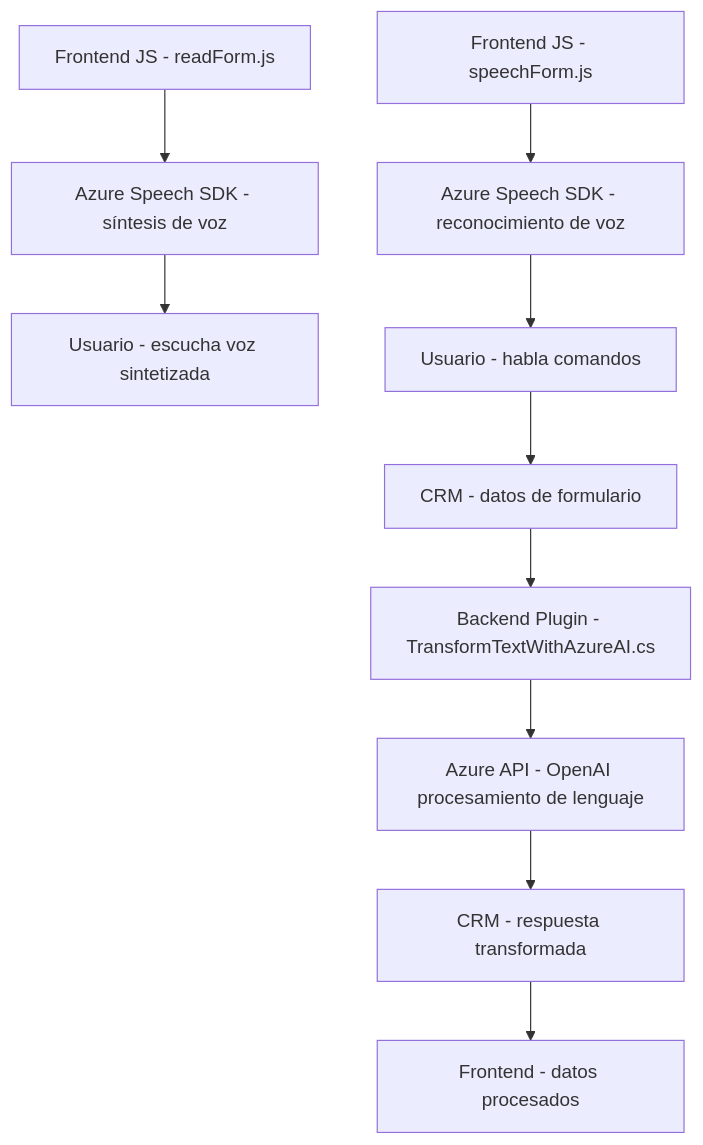
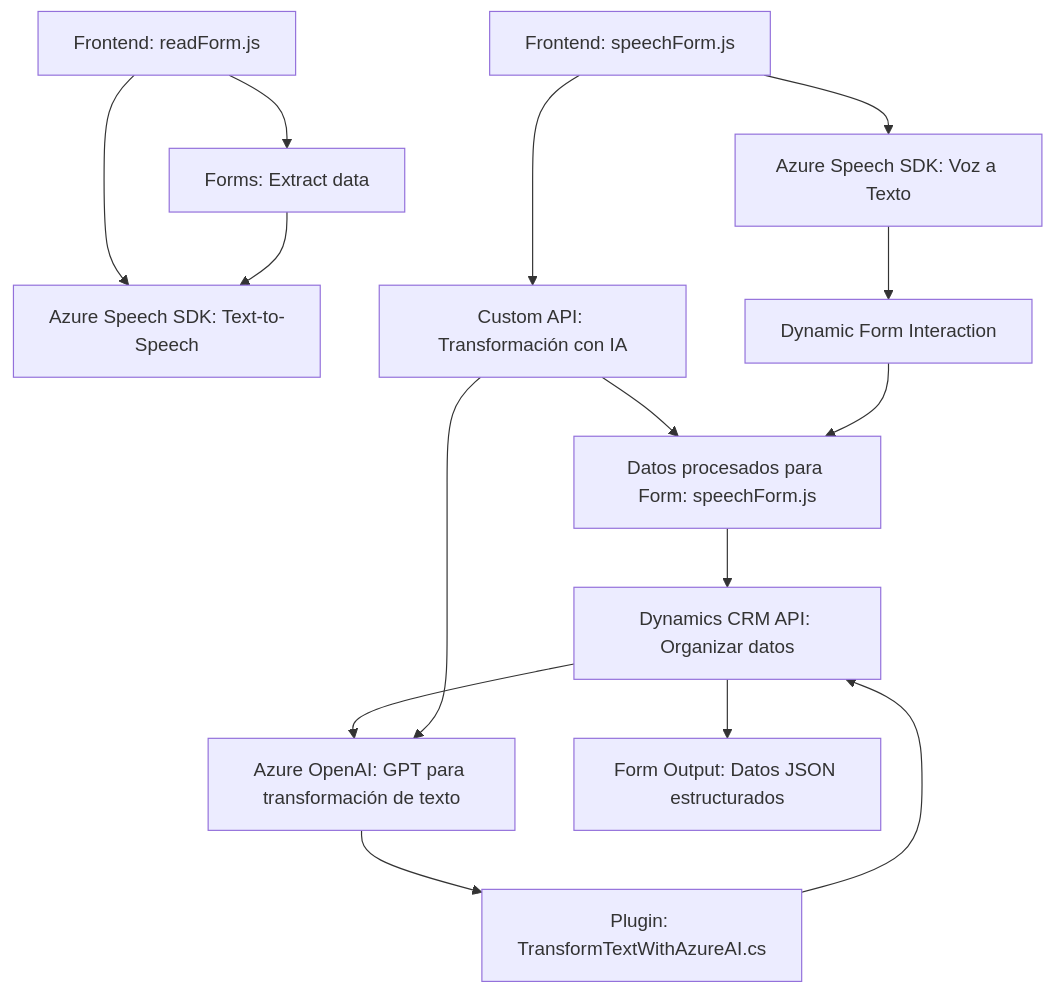
The diagram in README.md (blopezdm/NETCORE_BILBAO2025), drawn with Mermaid before and after one commit. The commit also changed other lines of this file, not shown here.

Commit message:
Actualizar análisis global de la solución con IA

````diff
--- a/README.md
+++ b/README.md
@@ -40,12 +62,17 @@
 ```mermaid
 graph TD
-    A["Frontend JS - readForm.js"] --> C["Azure Speech SDK - síntesis de voz"]
-    B["Frontend JS - speechForm.js"] --> D["Azure Speech SDK - reconocimiento de voz"]
-    C --> E["Usuario - escucha voz sintetizada"]
-    D --> F["Usuario - habla comandos"]
-    F --> G["CRM - datos de formulario"]
-    G --> H["Backend Plugin - TransformTextWithAzureAI.cs"]
-    H --> I["Azure API - OpenAI procesamiento de lenguaje"]
-    I --> J["CRM - respuesta transformada"]
-    J --> K["Frontend - datos procesados"]
+    A["Frontend: readForm.js"] --> B["Azure Speech SDK: Text-to-Speech"]
+    A --> C["Forms: Extract data"]
+    C --> B
+    D["Frontend: speechForm.js"] --> E["Azure Speech SDK: Voz a Texto"]
+    E --> F["Dynamic Form Interaction"]
+    D --> G["Custom API: Transformación con IA"]
+    G --> H["Datos procesados para Form: speechForm.js"]
+    F --> H
+    I["Plugin: TransformTextWithAzureAI.cs"] --> J["Dynamics CRM API: Organizar datos"]
+    J --> K["Azure OpenAI: GPT para transformación de texto"]
+    K --> I
+    H --> J
+    G --> K
+    J --> L["Form Output: Datos JSON estructurados"]
 ```
````
